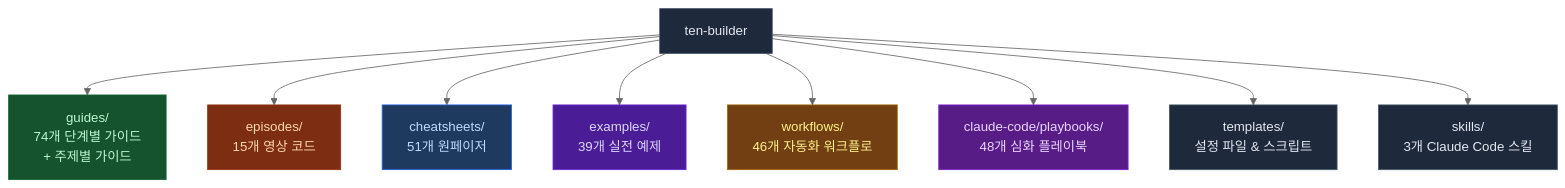
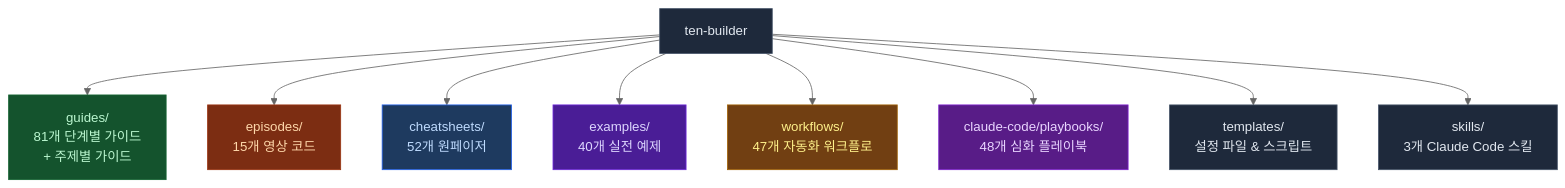
One commit to ten-builder/ten-builder changed the first of 2 diagrams in README.md. Above: the diagram before and after it, drawn with Mermaid (neutral theme). The commit also changed other lines of this file, not shown here.

Commit message:
docs: README sync -- guides 67-73, cursor-rules cheatsheet, ai-github-app example, e2e workflow

````diff
--- a/README.md
+++ b/README.md
@@ -23,21 +23,21 @@
 ```mermaid
 flowchart TD
-    R["ten-builder"] --> G["guides/\n74개 단계별 가이드\n+ 주제별 가이드"]
+    R["ten-builder"] --> G["guides/\n81개 단계별 가이드\n+ 주제별 가이드"]
     R --> E["episodes/\n15개 영상 코드"]
-    R --> C["cheatsheets/\n51개 원페이저"]
-    R --> EX["examples/\n39개 실전 예제"]
-    R --> W["workflows/\n46개 자동화 워크플로"]
+    R --> C["cheatsheets/\n52개 원페이저"]
+    R --> EX["examples/\n40개 실전 예제"]
+    R --> W["workflows/\n47개 자동화 워크플로"]
     R --> P["claude-code/playbooks/\n48개 심화 플레이북"]
     R --> T["templates/\n설정 파일 & 스크립트"]
     R --> S["skills/\n3개 Claude Code 스킬"]
 
     style R fill:#1e293b,stroke:#475569,color:#e2e8f0
     style G fill:#14532d,stroke:#166534,color:#bbf7d0
     style E fill:#7c2d12,stroke:#9a3412,color:#fed7aa
     style C fill:#1e3a5f,stroke:#2563eb,color:#bfdbfe
     style EX fill:#4a1d96,stroke:#6d28d9,color:#ddd6fe
     style W fill:#713f12,stroke:#a16207,color:#fef08a
     style P fill:#581c87,stroke:#7e22ce,color:#e9d5ff
     style T fill:#1e293b,stroke:#475569,color:#e2e8f0
     style S fill:#1e293b,stroke:#475569,color:#e2e8f0
 ```
````
